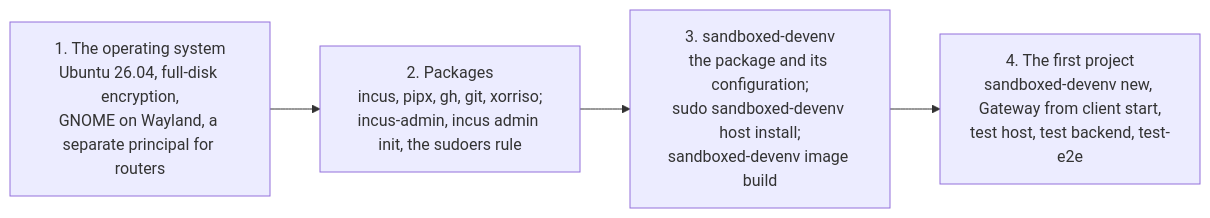
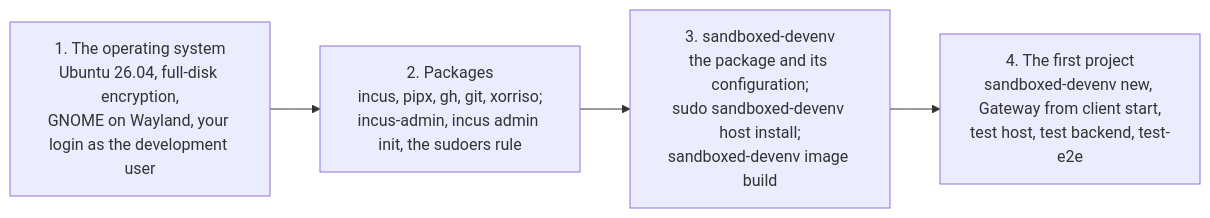
One commit to jeffsw/sandboxed_devenv changed the diagram in docs/linux-laptop-install.md. Above: the diagram before and after it, drawn with Mermaid. The commit also changed other lines of this file and 1 other file, not shown here.

Commit message:
Install guide and plan: no mention of routers; the point is credentials outside development

````diff
--- a/docs/linux-laptop-install.md
+++ b/docs/linux-laptop-install.md
@@ -10,8 +10,8 @@
 ```mermaid
 flowchart LR
-  os["1. The operating system<br/>Ubuntu 26.04, full-disk encryption,<br/>GNOME on Wayland, a separate principal for routers"]
+  os["1. The operating system<br/>Ubuntu 26.04, full-disk encryption,<br/>GNOME on Wayland, your login as the development user"]
   pkgs["2. Packages<br/>incus, pipx, gh, git, xorriso;<br/>incus-admin, incus admin init, the sudoers rule"]
   tool["3. sandboxed-devenv<br/>the package and its configuration;<br/>sudo sandboxed-devenv host install;<br/>sandboxed-devenv image build"]
   first["4. The first project<br/>sandboxed-devenv new, Gateway from client start,<br/>test host, test backend, test-e2e"]
   os --> pkgs --> tool --> first
 ```
````
